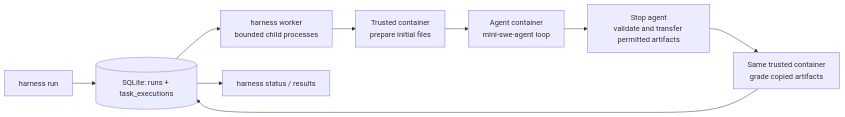
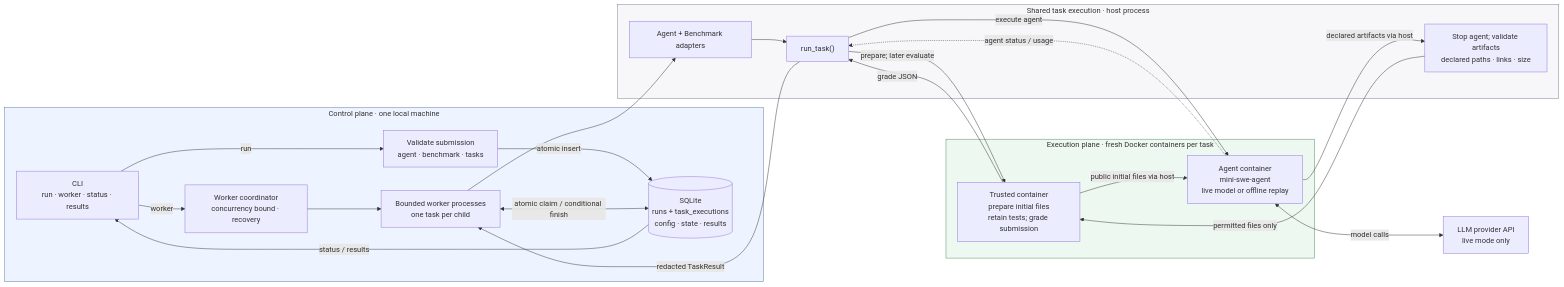
The diagram in README.md (aashnijoshi/agentic-eval-harness), drawn with Mermaid before and after one commit. The commit also changed other lines of this file and 4 other files, not shown here.

Commit message:
chore: finalize agentic harness submission

````diff
--- a/README.md
+++ b/README.md
@@ -13,11 +13,36 @@
 ```mermaid
 flowchart LR
-    CLI["harness run"] --> DB[("SQLite: runs + task_executions")]
-    DB --> W["harness worker<br/>bounded child processes"]
-    W --> T["Trusted container<br/>prepare initial files"]
-    T --> A["Agent container<br/>mini-swe-agent loop"]
-    A --> S["Stop agent<br/>validate and transfer permitted artifacts"]
-    S --> G["Same trusted container<br/>grade copied artifacts"]
-    G --> DB
-    DB --> R["harness status / results"]
+    subgraph control["Control plane · one local machine"]
+        CLI["CLI<br/>run · worker · status · results"]
+        V["Validate submission<br/>agent · benchmark · tasks"]
+        DB[("SQLite<br/>runs + task_executions<br/>config · state · results")]
+        C["Worker coordinator<br/>concurrency bound · recovery"]
+        W["Bounded worker processes<br/>one task per child"]
+        CLI -->|run| V -->|atomic insert| DB
+        CLI -->|worker| C --> W
+        DB -->|status / results| CLI
+        W <-->|atomic claim / conditional finish| DB
+    end
+    subgraph host["Shared task execution · host process"]
+        AD["Agent + Benchmark adapters"] --> T["run_task()"]
+        F["Stop agent; validate artifacts<br/>declared paths · links · size"]
+    end
+    subgraph docker["Execution plane · fresh Docker containers per task"]
+        G["Trusted container<br/>prepare initial files<br/>retain tests; grade submission"]
+        A["Agent container<br/>mini-swe-agent<br/>live model or offline replay"]
+    end
+    L["LLM provider API<br/>live mode only"]
+    W --> AD
+    T -->|prepare; later evaluate| G
+    T -->|execute agent| A
+    G -->|public initial files via host| A
+    A -->|declared artifacts via host| F
+    F -->|permitted files only| G
+    G -->|grade JSON| T
+    A -.->|agent status / usage| T
+    T -->|redacted TaskResult| W
+    A <-->|model calls| L
+    style control fill:#eef4ff,stroke:#5576a3
+    style host fill:#f7f7fa,stroke:#7b7b8e
+    style docker fill:#edf8f0,stroke:#4b8963
 ```
````
